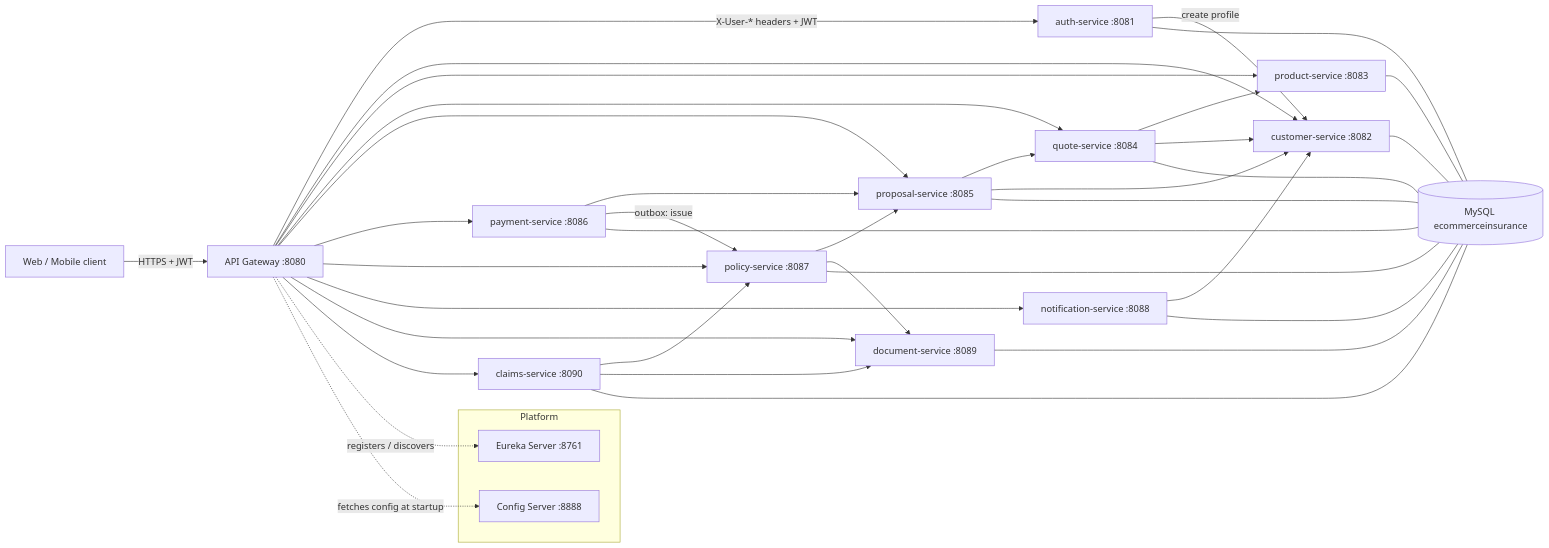
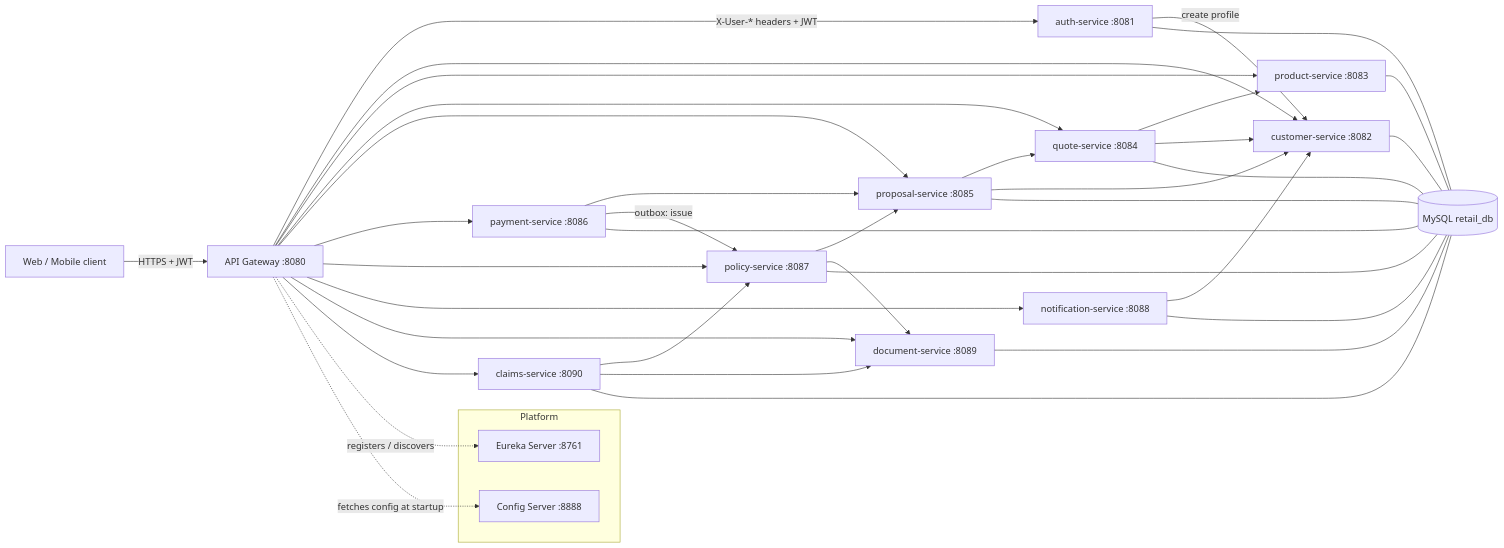
One commit to sathyarajramar-bit/sathyaraj_insurance changed the diagram in README.md. Above: the diagram before and after it, drawn with Mermaid. The commit also changed other lines of this file and 47 other files, not shown here.

````diff
--- a/README.md
+++ b/README.md
@@ -30,30 +32,30 @@
 ```mermaid
 flowchart LR
     Client[Web / Mobile client] -->|HTTPS + JWT| GW[API Gateway :8080]
     GW -->|X-User-* headers + JWT| AUTH[auth-service :8081]
     GW --> CUST[customer-service :8082]
     GW --> PROD[product-service :8083]
     GW --> QUOTE[quote-service :8084]
     GW --> PROP[proposal-service :8085]
     GW --> PAY[payment-service :8086]
     GW --> POL[policy-service :8087]
     GW --> NOTIF[notification-service :8088]
     GW --> DOC[document-service :8089]
     GW --> CLAIM[claims-service :8090]
     AUTH -->|create profile| CUST
     QUOTE --> PROD & CUST
     PROP --> QUOTE & CUST
     PAY --> PROP
     PAY -->|outbox: issue| POL
     POL --> PROP & DOC
     CLAIM --> POL & DOC
     NOTIF --> CUST
-    AUTH & CUST & PROD & QUOTE & PROP & PAY & POL & CLAIM & DOC & NOTIF --- DB[(MySQL ecommerceinsurance)]
+    AUTH & CUST & PROD & QUOTE & PROP & PAY & POL & CLAIM & DOC & NOTIF --- DB[(MySQL retail_db)]
 
     subgraph Platform
         EUREKA[Eureka Server :8761]
         CONFIG[Config Server :8888]
     end
     GW -. registers / discovers .-> EUREKA
     GW -. fetches config at startup .-> CONFIG
 ```
````
